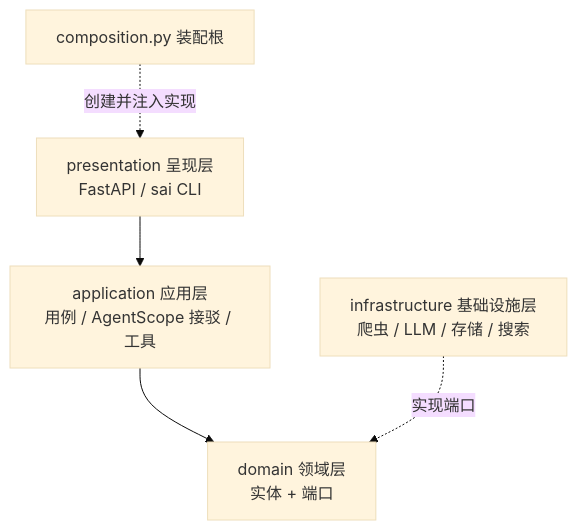
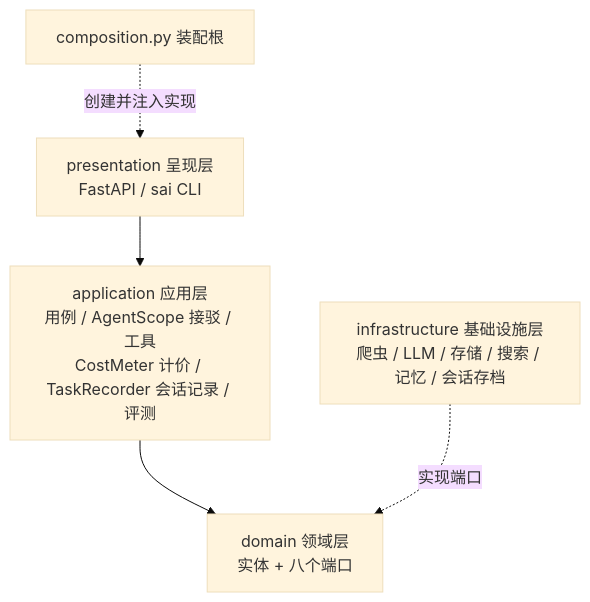
One commit to Baicaicn23/contest-agent changed the first of 2 diagrams in README.md. Above: the diagram before and after it, drawn with Mermaid (base theme). The commit also changed other lines of this file, not shown here.

Commit message:
docs: README 全面同步到 v2/M2——徽章 99 测试、功能特性表、架构图、目录注释、路线图 M1/M2 打勾

````diff
--- a/README.md
+++ b/README.md
@@ -99,7 +103,7 @@
 ```mermaid
 flowchart TD
-    P[presentation 呈现层<br/>FastAPI / sai CLI] --> A[application 应用层<br/>用例 / AgentScope 接驳 / 工具]
-    A --> D[domain 领域层<br/>实体 + 端口]
-    I[infrastructure 基础设施层<br/>爬虫 / LLM / 存储 / 搜索] -. 实现端口 .-> D
+    P[presentation 呈现层<br/>FastAPI / sai CLI] --> A[application 应用层<br/>用例 / AgentScope 接驳 / 工具<br/>CostMeter 计价 / TaskRecorder 会话记录 / 评测]
+    A --> D[domain 领域层<br/>实体 + 八个端口]
+    I[infrastructure 基础设施层<br/>爬虫 / LLM / 存储 / 搜索 / 记忆 / 会话存档] -. 实现端口 .-> D
     C[composition.py 装配根] -. 创建并注入实现 .-> P
 ```
````
